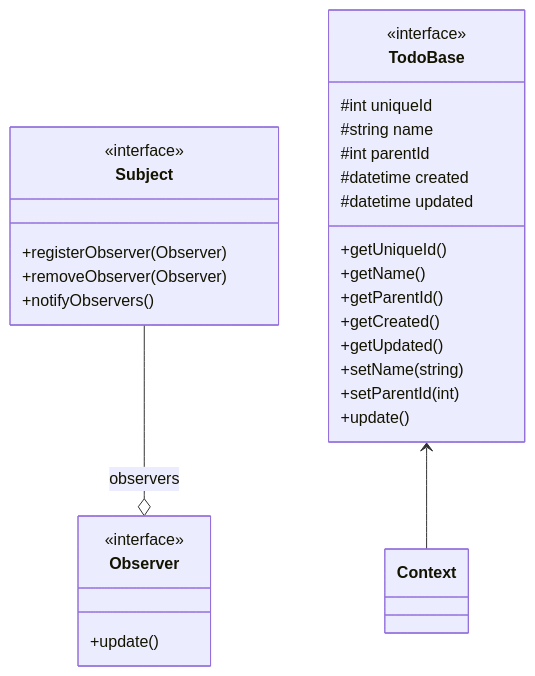
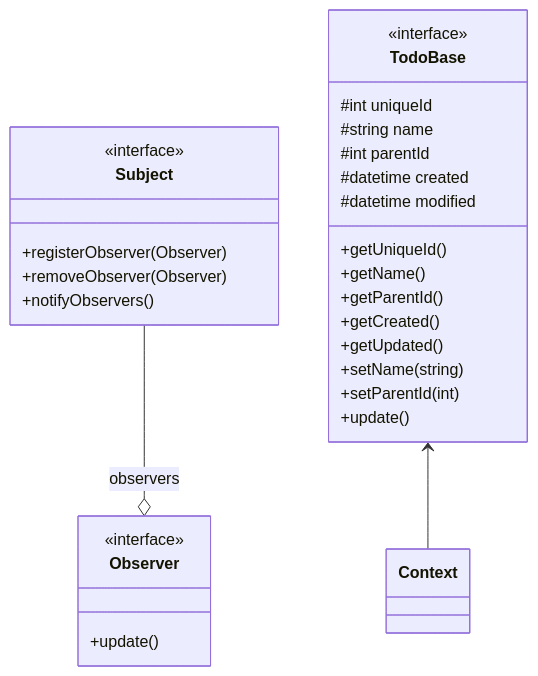
One commit to Trozzel/TaskManager changed the diagram in documentation/todo_class_diagram.md. Above: the diagram before and after it, drawn with Mermaid. The commit also changed 88 other files, not shown here.

````diff
--- a/documentation/todo_class_diagram.md
+++ b/documentation/todo_class_diagram.md
@@ -3,35 +3,35 @@
 ``` mermaid
     classDiagram
     class Observer {
         +update()
     }
     <<interface>> Observer
 
     class Subject {
         +registerObserver(Observer)
         +removeObserver(Observer)
         +notifyObservers()
     }
     <<interface>> Subject
 
     Subject --o Observer : observers
 
     class TodoBase {
         #int uniqueId
         #string name
         #int parentId
         #datetime created
-        #datetime updated
+        #datetime modified
         +getUniqueId()
         +getName()
         +getParentId()
         +getCreated()
         +getUpdated()
         +setName(string)
         +setParentId(int)
         +update()
     }
     <<interface>> TodoBase
 
    TodoBase <-- Context
 ```
````
